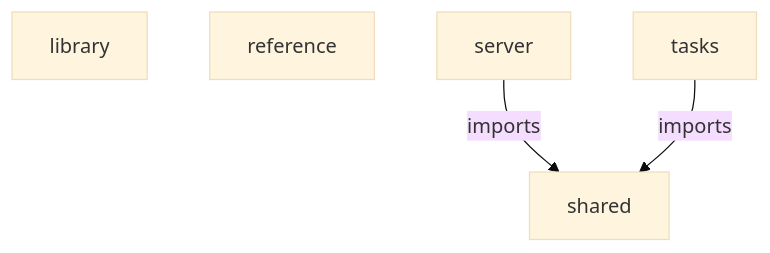
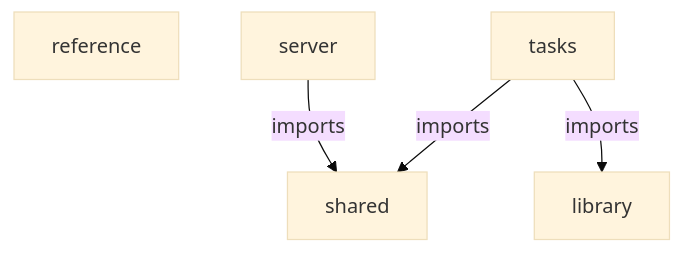
One commit to JuanParraGomez/bitacora_protocolo changed the diagram in docs/architecture/structure.md. Above: the diagram before and after it, drawn with Mermaid (base theme). The commit also changed 176 other files, not shown here.

````diff
--- a/docs/architecture/structure.md
+++ b/docs/architecture/structure.md
@@ -3,10 +3,11 @@
 ```mermaid
 graph TD
   library["library"]
   reference["reference"]
   server["server"]
   shared["shared"]
   tasks["tasks"]
   server -->|imports| shared
+  tasks -->|imports| library
   tasks -->|imports| shared
 ```
````
